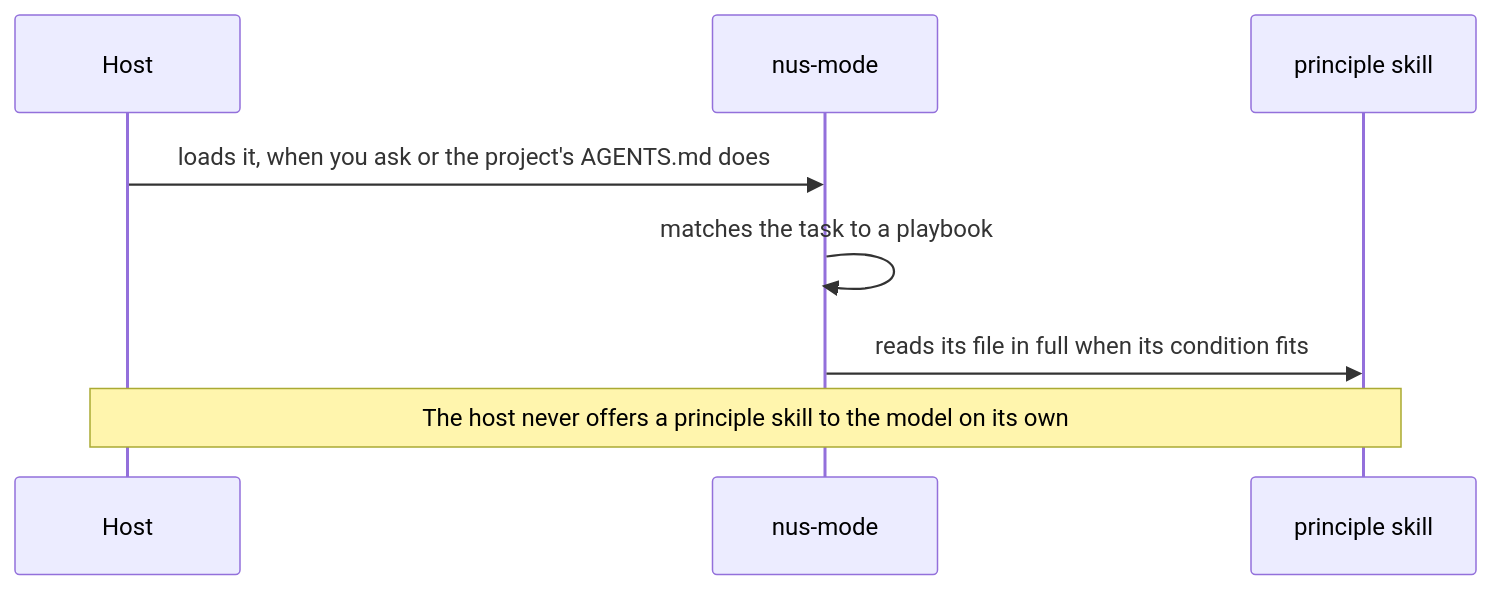
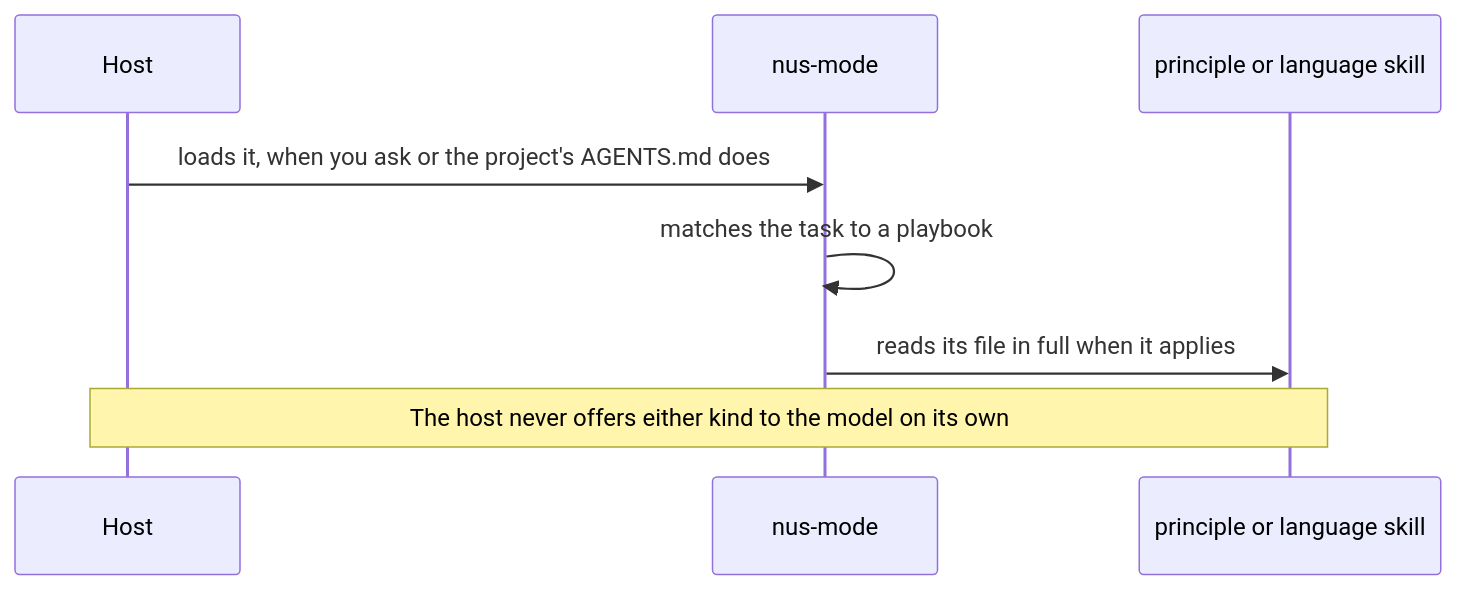
The second of 2 diagrams in README.md (Nusnus/nustack), drawn with Mermaid before and after one commit. The commit also changed other lines of this file and 223 other files, not shown here.

````diff
--- a/README.md
+++ b/README.md
@@ -100,10 +100,10 @@
 ```mermaid
 sequenceDiagram
   participant H as Host
   participant M as nus-mode
-  participant P as principle skill
+  participant P as principle or language skill
   H->>M: loads it, when you ask or the project's AGENTS.md does
   M->>M: matches the task to a playbook
-  M->>P: reads its file in full when its condition fits
-  Note over H,P: The host never offers a principle skill to the model on its own
+  M->>P: reads its file in full when it applies
+  Note over H,P: The host never offers either kind to the model on its own
 ```
````
